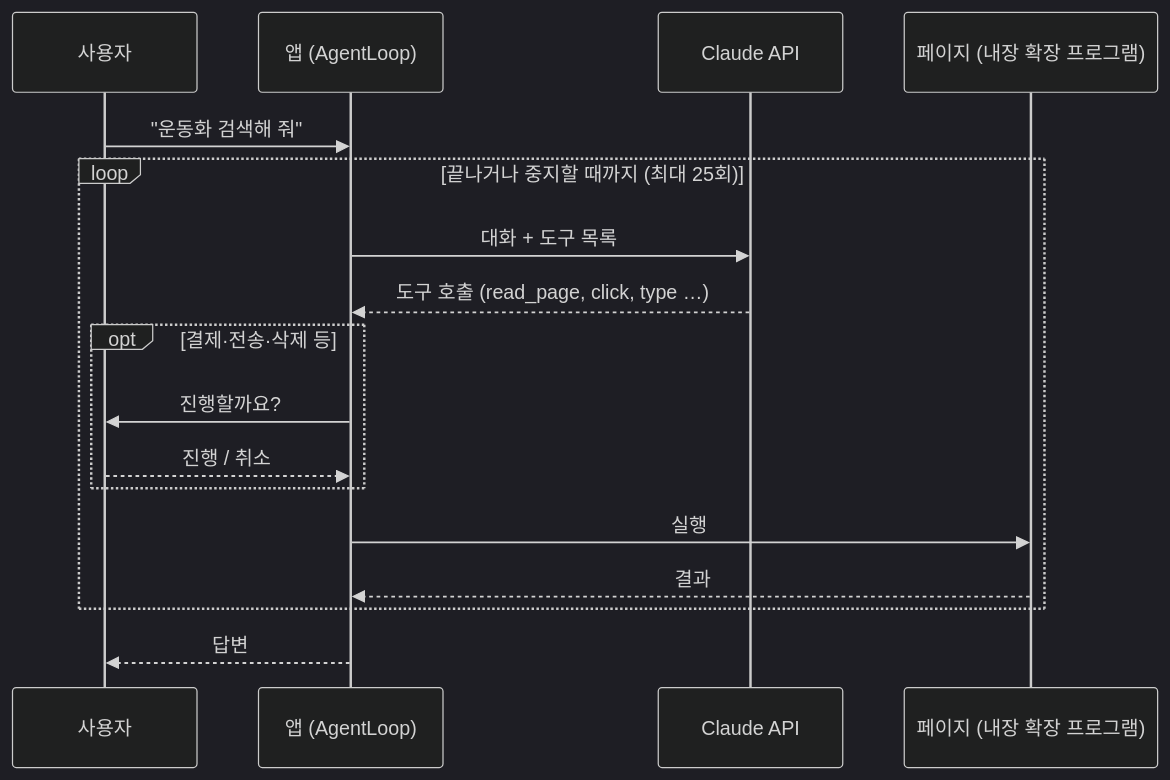
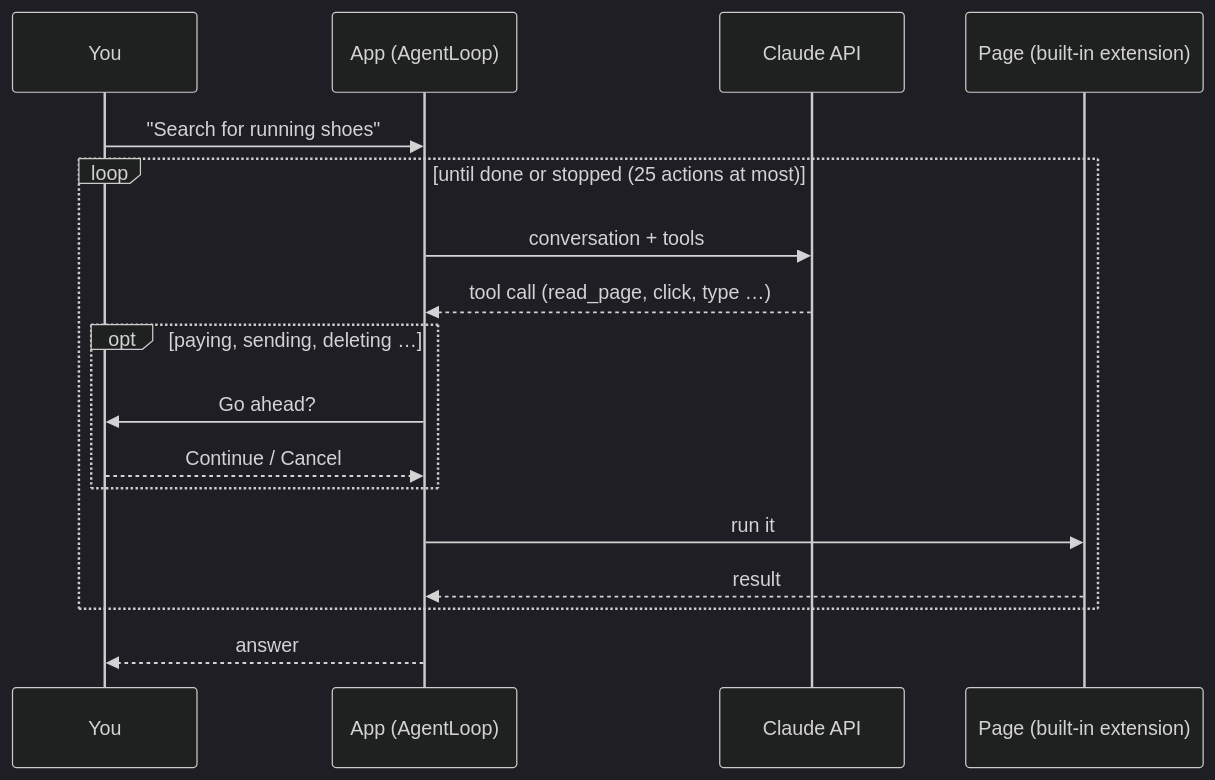
Before and after one commit to HPotty36/claude-android-browser: the diagram in README.md, drawn with Mermaid (dark theme). The commit also changed other lines of this file and 32 other files, not shown here.

````diff
--- a/README.md
+++ b/README.md
@@ -67,19 +69,19 @@
 ```mermaid
 sequenceDiagram
-    participant U as 사용자
-    participant A as 앱 (AgentLoop)
+    participant U as You
+    participant A as App (AgentLoop)
     participant C as Claude API
-    participant P as 페이지 (내장 확장 프로그램)
-    U->>A: "운동화 검색해 줘"
-    loop 끝나거나 중지할 때까지 (최대 25회)
-        A->>C: 대화 + 도구 목록
-        C-->>A: 도구 호출 (read_page, click, type …)
-        opt 결제·전송·삭제 등
-            A->>U: 진행할까요?
-            U-->>A: 진행 / 취소
+    participant P as Page (built-in extension)
+    U->>A: "Search for running shoes"
+    loop until done or stopped (25 actions at most)
+        A->>C: conversation + tools
+        C-->>A: tool call (read_page, click, type …)
+        opt paying, sending, deleting …
+            A->>U: Go ahead?
+            U-->>A: Continue / Cancel
         end
-        A->>P: 실행
-        P-->>A: 결과
+        A->>P: run it
+        P-->>A: result
     end
-    A-->>U: 답변
+    A-->>U: answer
 ```
````
